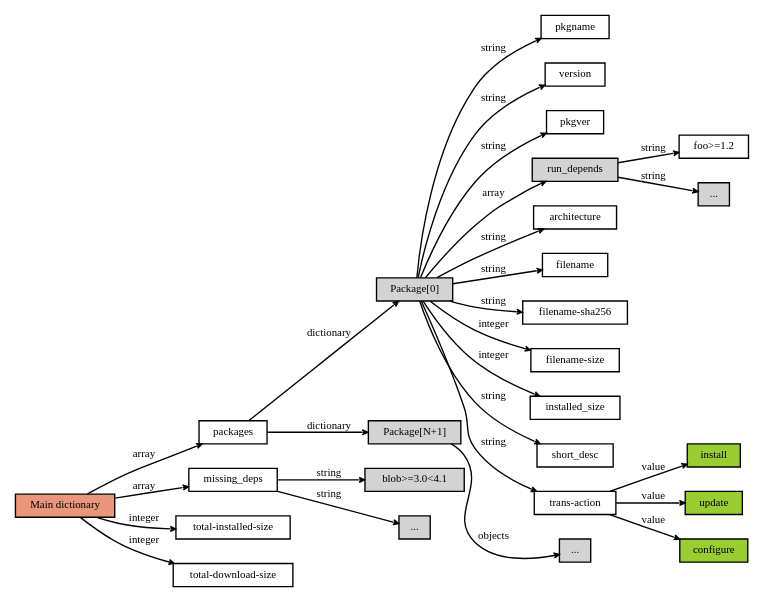
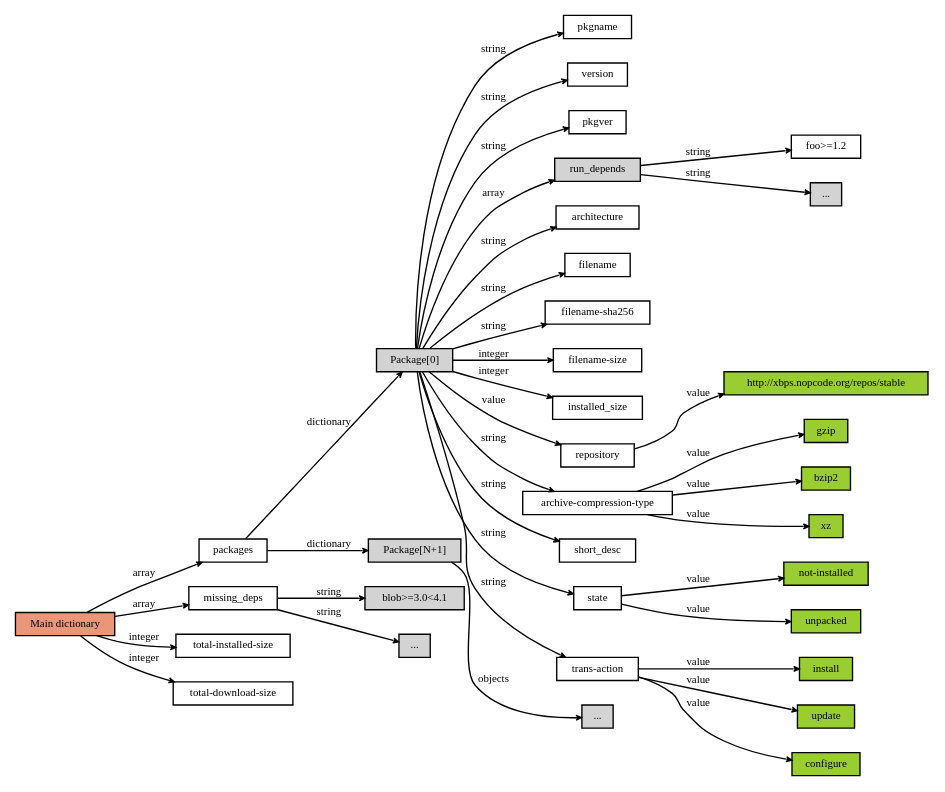
One commit to void-linux/xbps changed the diagram in doc/xbps_transaction_dictionary.dot. Above: the diagram before and after it, drawn with Graphviz.

Commit message:
Update the dot(1) graph for the libxbps transaction dictionary.

```diff
--- a/doc/xbps_transaction_dictionary.dot
+++ b/doc/xbps_transaction_dictionary.dot
@@ -1,48 +1,64 @@
 digraph transaction_dictionary {
 	graph [rankdir=LR,ranksep=".1"];
 	edge [arrowhead="vee",arrowsize="0.40",fontname="DejaVuSansCondensed",fontsize="8"];
 	node [shape=box,fontname="DejaVuSansCondensed",fontsize="8",height=".1",width=".1"];
 	main -> packages [label="array"];
 	main -> missing_deps [label="array"];
 	missing_deps -> mdep1 [label="string"];
 	missing_deps -> mdep2 [label="string"];
 	mdep1 [style=filled,label="blob>=3.0<4.1"];
 	mdep2 [style=filled,label="..."];
 	main -> totalsize [label="integer"];
 	main -> totaldlsize [label="integer"];
 	main [style=filled,fillcolor="darksalmon",label="Main dictionary"];
 	totalsize [label="total-installed-size"];
 	totaldlsize [label="total-download-size"];
 	packages -> dictionary [label="dictionary"];
 	packages -> dictionary2 [label="dictionary"];
 	dictionary [style=filled,label="Package[0]"];
 	dictionary2 [style=filled,label="Package[N+1]"];
 	dictionary2 -> dict2_objs [label="objects"];
 	dict2_objs [style=filled,label="..."];
 	dictionary -> pkgname [label="string"];
 	dictionary -> version [label="string"];
 	dictionary -> pkgver [label="string"];
 	dictionary -> run_depends [label="array"];
 	run_depends [style=filled];
 	run_depends -> rundep1_string [label="string"];
 	run_depends -> rundep2_string [label="string"];
 	rundep1_string [label="foo>=1.2"];
 	rundep2_string [style=filled,label="..."];
 	dictionary -> architecture [label="string"];
 	dictionary -> filename [label="string"];
 	dictionary -> fnamesha256 [label="string"];
 	fnamesha256 [label="filename-sha256"];
 	dictionary -> fnamesize [label="integer"];
 	fnamesize [label="filename-size"];
 	dictionary -> instsize [label="integer"];
 	instsize [label="installed_size"];
-	dictionary -> short_desc [label="string"]
+	dictionary -> repository [label="value"];
+	repository -> repoval [label="value"];
+	repoval [style=filled,fillcolor="yellowgreen",label="http://xbps.nopcode.org/repos/stable"];
+	dictionary -> archive_comptype [label="string"];
+	archive_comptype [label="archive-compression-type"];
+	archive_comptype -> comptype_gz [label="value"];
+	archive_comptype -> comptype_bz [label="value"];
+	archive_comptype -> comptype_xz [label="value"];
+	comptype_gz [style=filled,fillcolor="yellowgreen",label="gzip"];
+	comptype_bz [style=filled,fillcolor="yellowgreen",label="bzip2"];
+	comptype_xz [style=filled,fillcolor="yellowgreen",label="xz"];
+	dictionary -> short_desc [label="string"];
+	dictionary -> state [label="string"];
+	state -> state_notinst [label="value"];
+	state -> state_unpacked [label="value"];
+	state_notinst [style=filled,fillcolor="yellowgreen",label="not-installed"];
+	state_unpacked [style=filled,fillcolor="yellowgreen",label="unpacked"];
 	dictionary -> trans_action [label="string"];
 	trans_action [label="trans-action"];
 	trans_action -> tract_inst [label="value"];
 	trans_action -> tract_up [label="value"];
 	trans_action -> tract_cf [label="value"];
 	tract_inst [style=filled,fillcolor="yellowgreen",label="install"];
 	tract_up [style=filled,fillcolor="yellowgreen",label="update"];
 	tract_cf [style=filled,fillcolor="yellowgreen",label="configure"];
 }
```
